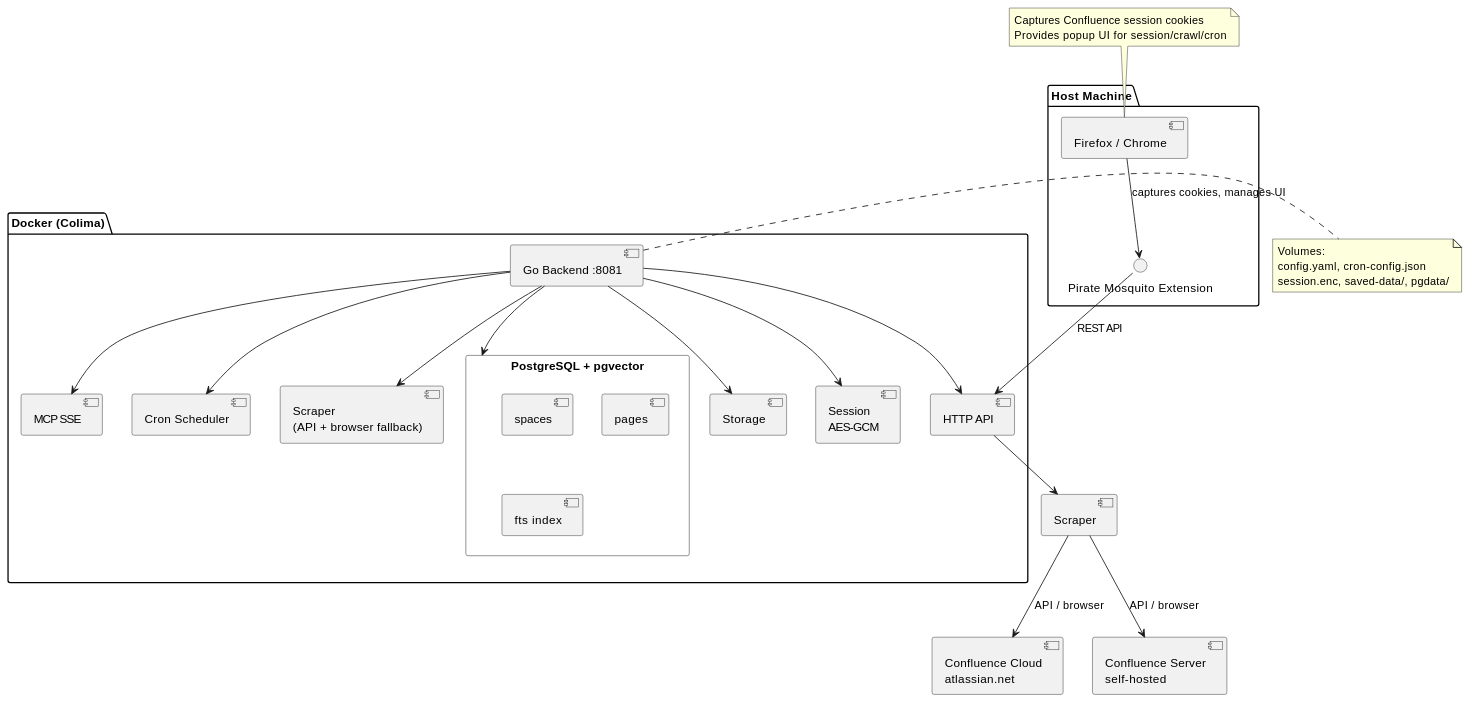
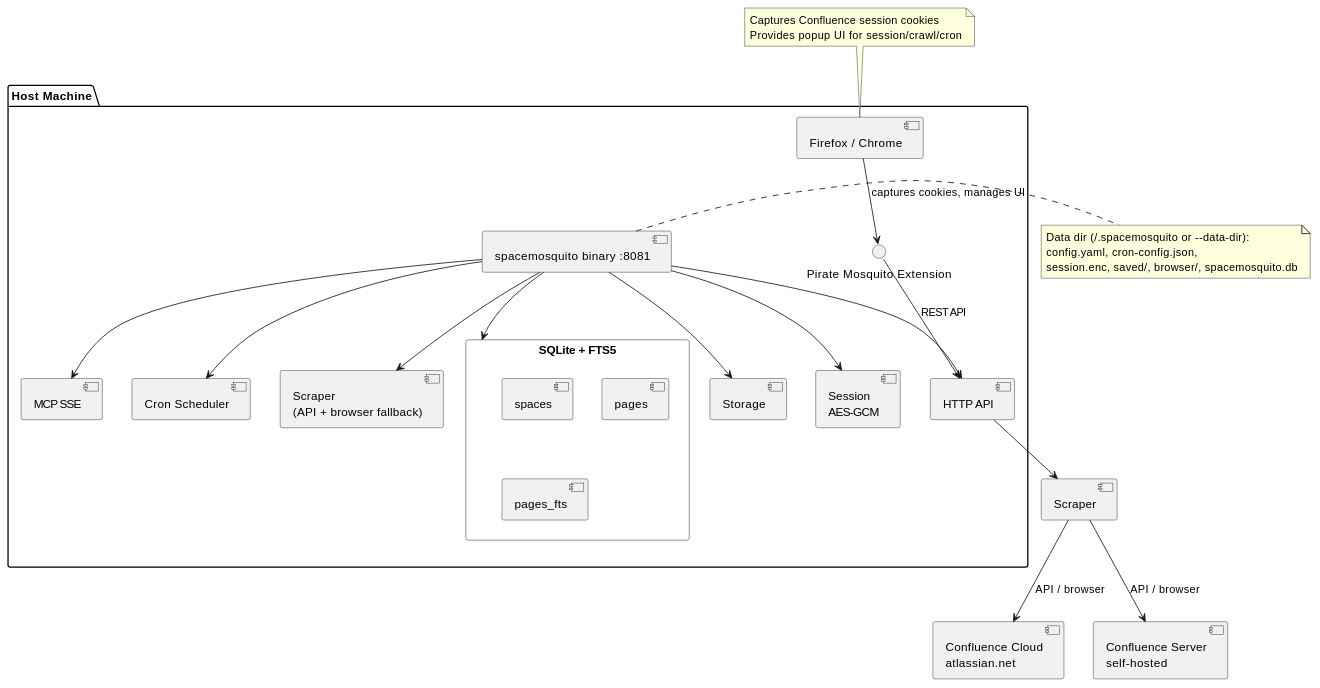
Before and after one commit to webdunesurfer/SpaceMosquito: the diagram in ARCHITECTURE.md, drawn with PlantUML. The commit also changed other lines of this file and 15 other files, not shown here.

````diff
--- a/ARCHITECTURE.md
+++ b/ARCHITECTURE.md
@@ -11,48 +15,46 @@
 ```plantuml
 @startuml
 skinparam componentStyle uml2
 skinparam rectangle {
   BackgroundColor white
   BorderColor gray
 }
 
 package "Host Machine" {
   [Firefox / Chrome] as browser
   browser --> "Pirate Mosquito Extension" : captures cookies, manages UI
-}
 
-package "Docker (Colima)" {
-  [Go Backend :8081] as app
+  [spacemosquito binary :8081] as app
   app --> [HTTP API]
   app --> [MCP SSE]
   app --> [Cron Scheduler]
   app --> [Scraper\n(API + browser fallback)]
   app --> [Storage]
   app --> [Session\nAES-GCM]
 
-  rectangle "PostgreSQL + pgvector" as db {
+  rectangle "SQLite + FTS5" as db {
     [spaces]
     [pages]
-    [fts index]
+    [pages_fts]
   }
 }
 
 [Pirate Mosquito Extension] --> [HTTP API] : REST API
 [HTTP API] --> [Scraper]
 [Scraper] --> [Confluence Cloud\natlassian.net] : API / browser
 [Scraper] --> [Confluence Server\nself-hosted] : API / browser
 [app] --> [db]
 
 note top of browser
   Captures Confluence session cookies
   Provides popup UI for session/crawl/cron
 end note
 
 note right of app
-  Volumes:
-  config.yaml, cron-config.json
-  session.enc, saved-data/, pgdata/
+  Data dir (~/.spacemosquito or --data-dir):
+  config.yaml, cron-config.json,
+  session.enc, saved/, browser/, spacemosquito.db
 end note
 
 @enduml
 ```
````
